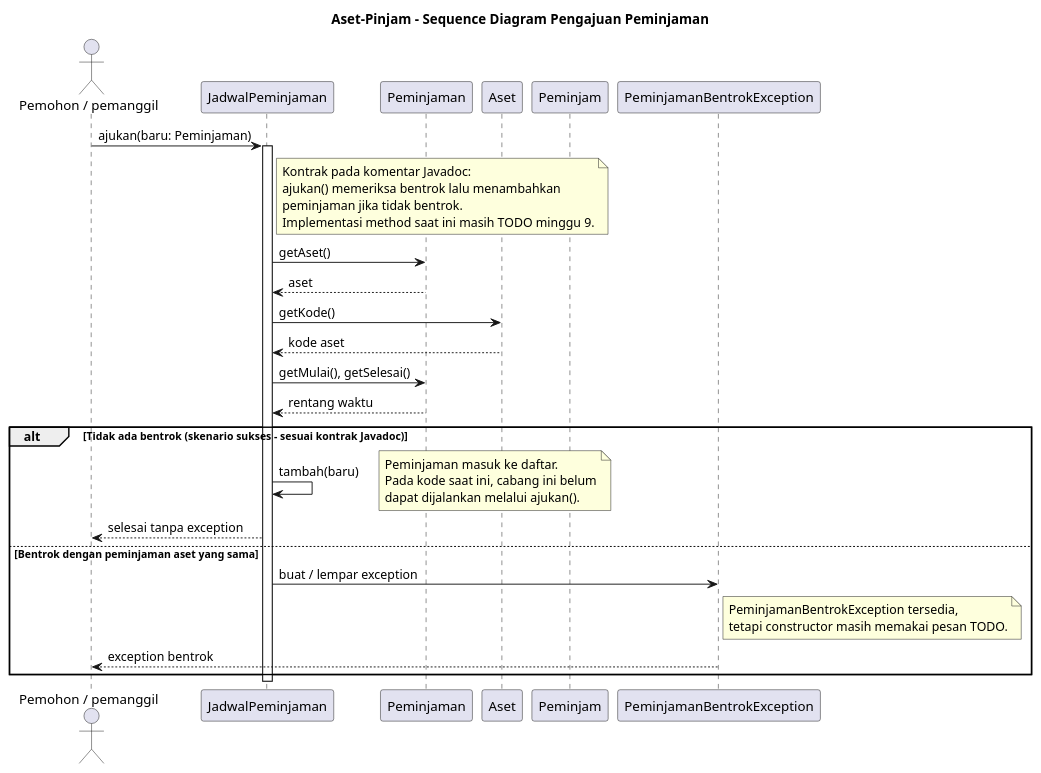
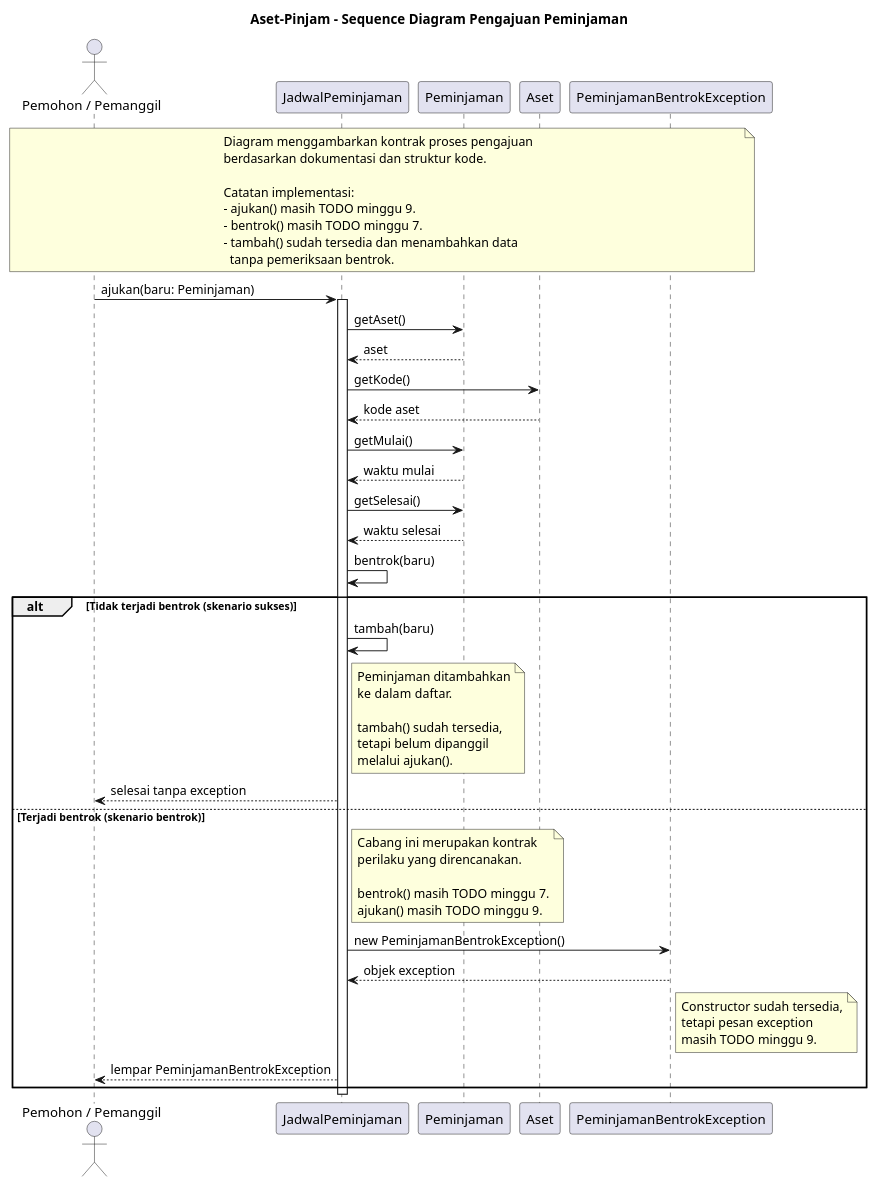
The diagram in docs/uml/sequence.puml (mirzaazid03-jpg/oop-202601-250202933), drawn with PlantUML before and after one commit. The commit also changed other lines of this file and 8 other files, not shown here.

Commit message:
minggu-06: dokumentasi UML dan SOLID

```diff
--- a/docs/uml/sequence.puml
+++ b/docs/uml/sequence.puml
@@ -1,46 +2,79 @@
 @startuml
 title Aset-Pinjam - Sequence Diagram Pengajuan Peminjaman
 
-actor "Pemohon / pemanggil" as Pemohon
+actor "Pemohon / Pemanggil" as Pemohon
+
 participant "JadwalPeminjaman" as Jadwal
 participant "Peminjaman" as Pinjam
 participant "Aset" as Aset
-participant "Peminjam" as Orang
 participant "PeminjamanBentrokException" as Bentrok
+
+note over Pemohon, Bentrok
+  Diagram menggambarkan kontrak proses pengajuan
+  berdasarkan dokumentasi dan struktur kode.
+  
+  Catatan implementasi:
+  - ajukan() masih TODO minggu 9.
+  - bentrok() masih TODO minggu 7.
+  - tambah() sudah tersedia dan menambahkan data
+    tanpa pemeriksaan bentrok.
+end note
 
 Pemohon -> Jadwal: ajukan(baru: Peminjaman)
 activate Jadwal
 
-note right of Jadwal
-  Kontrak pada komentar Javadoc:
-  ajukan() memeriksa bentrok lalu menambahkan
-  peminjaman jika tidak bentrok.
-  Implementasi method saat ini masih TODO minggu 9.
-end note
-
 Jadwal -> Pinjam: getAset()
 Pinjam --> Jadwal: aset
+
 Jadwal -> Aset: getKode()
 Aset --> Jadwal: kode aset
-Jadwal -> Pinjam: getMulai(), getSelesai()
-Pinjam --> Jadwal: rentang waktu
 
-alt Tidak ada bentrok (skenario sukses - sesuai kontrak Javadoc)
-  Jadwal -> Jadwal: tambah(baru)
-  note right
-    Peminjaman masuk ke daftar.
-    Pada kode saat ini, cabang ini belum
-    dapat dijalankan melalui ajukan().
-  end note
-  Jadwal --> Pemohon: selesai tanpa exception
-else Bentrok dengan peminjaman aset yang sama
-  Jadwal -> Bentrok: buat / lempar exception
-  note right of Bentrok
-    PeminjamanBentrokException tersedia,
-    tetapi constructor masih memakai pesan TODO.
-  end note
-  Bentrok --> Pemohon: exception bentrok
+Jadwal -> Pinjam: getMulai()
+Pinjam --> Jadwal: waktu mulai
+
+Jadwal -> Pinjam: getSelesai()
+Pinjam --> Jadwal: waktu selesai
+
+Jadwal -> Jadwal: bentrok(baru)
+
+alt Tidak terjadi bentrok (skenario sukses)
+
+    Jadwal -> Jadwal: tambah(baru)
+
+    note right of Jadwal
+      Peminjaman ditambahkan
+      ke dalam daftar.
+      
+      tambah() sudah tersedia,
+      tetapi belum dipanggil
+      melalui ajukan().
+    end note
+
+    Jadwal --> Pemohon: selesai tanpa exception
+
+else Terjadi bentrok (skenario bentrok)
+
+    note right of Jadwal
+      Cabang ini merupakan kontrak
+      perilaku yang direncanakan.
+      
+      bentrok() masih TODO minggu 7.
+      ajukan() masih TODO minggu 9.
+    end note
+
+    Jadwal -> Bentrok: new PeminjamanBentrokException()
+    Bentrok --> Jadwal: objek exception
+
+    note right of Bentrok
+      Constructor sudah tersedia,
+      tetapi pesan exception
+      masih TODO minggu 9.
+    end note
+
+    Jadwal --> Pemohon: lempar PeminjamanBentrokException
+
 end
 
 deactivate Jadwal
+
 @enduml
```
